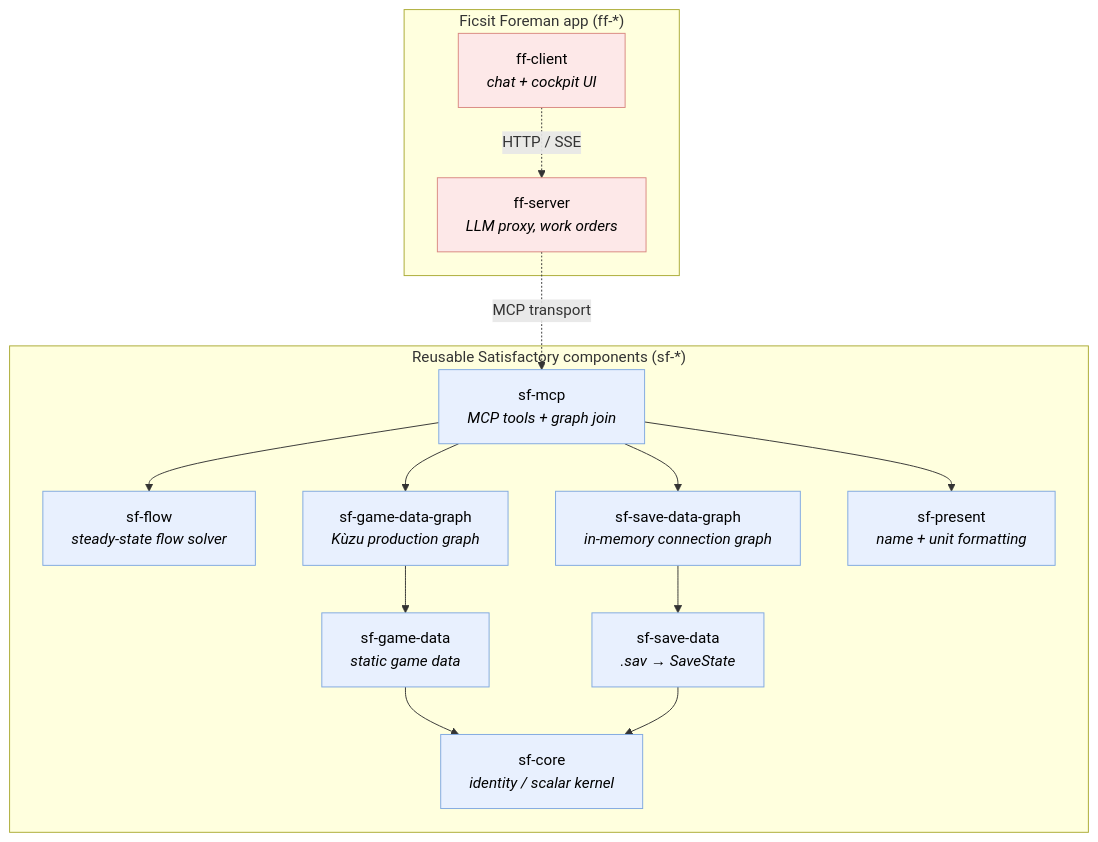
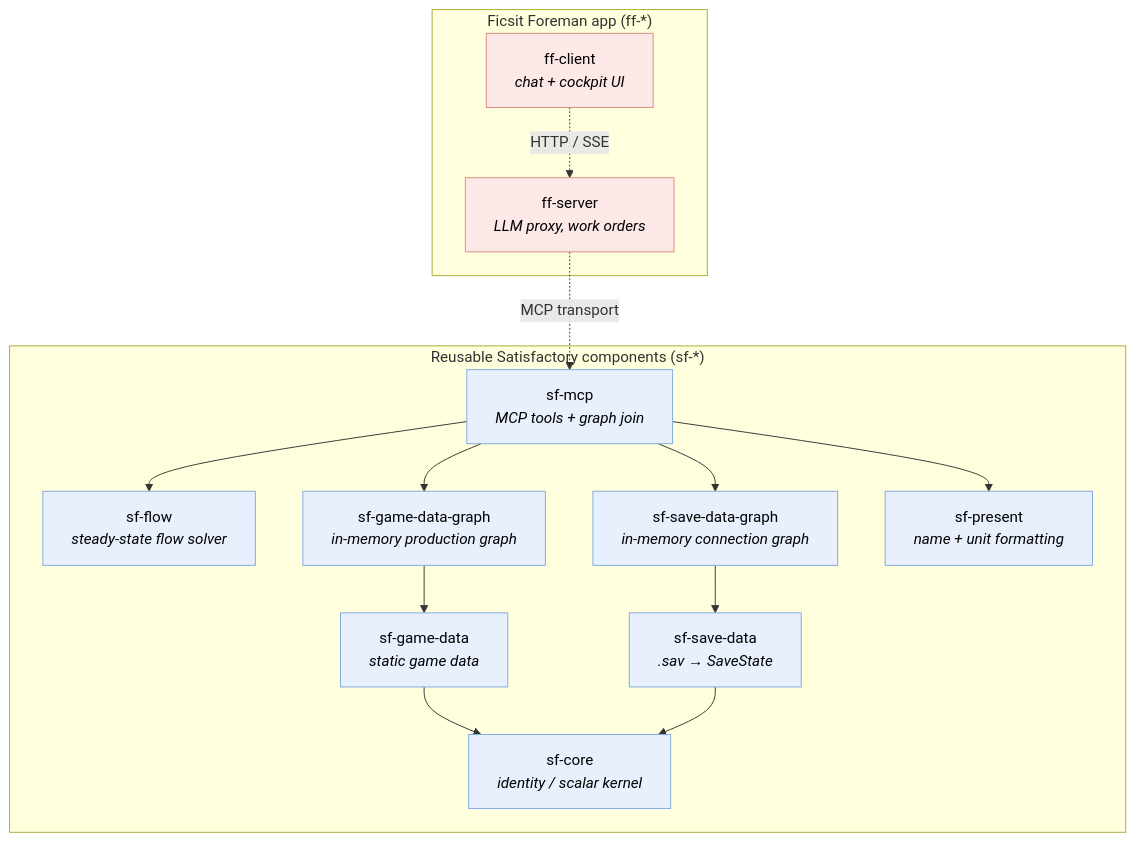
Before and after one commit to StuartMeeks/ficsit-foreman: the diagram in docs/component-architecture.md, drawn with Mermaid. The commit also changed other lines of this file and 26 other files, not shown here.

````diff
--- a/docs/component-architecture.md
+++ b/docs/component-architecture.md
@@ -117,33 +117,33 @@
 ```mermaid
 graph TD
     subgraph app["Ficsit Foreman app (ff-*)"]
         ffc["ff-client<br/><i>chat + cockpit UI</i>"]
         ffs["ff-server<br/><i>LLM proxy, work orders</i>"]
     end
     subgraph reusable["Reusable Satisfactory components (sf-*)"]
         mcp["sf-mcp<br/><i>MCP tools + graph join</i>"]
         flow["sf-flow<br/><i>steady-state flow solver</i>"]
-        gdg["sf-game-data-graph<br/><i>Kùzu production graph</i>"]
+        gdg["sf-game-data-graph<br/><i>in-memory production graph</i>"]
         gd["sf-game-data<br/><i>static game data</i>"]
         sdg["sf-save-data-graph<br/><i>in-memory connection graph</i>"]
         sd["sf-save-data<br/><i>.sav → SaveState</i>"]
         present["sf-present<br/><i>name + unit formatting</i>"]
         core["sf-core<br/><i>identity / scalar kernel</i>"]
     end
 
     ffc -. "HTTP / SSE" .-> ffs
     ffs -. "MCP transport" .-> mcp
     mcp --> gdg
     mcp --> sdg
     mcp --> flow
     mcp --> present
     gdg --> gd
     gd --> core
     sdg --> sd
     sd --> core
 
     classDef app fill:#fde8e8,stroke:#d98880,color:#000;
     classDef sf fill:#e8f0fe,stroke:#7fa8e0,color:#000;
     class ffc,ffs app;
     class mcp,flow,gdg,gd,sdg,sd,present,core sf;
 ```
````
